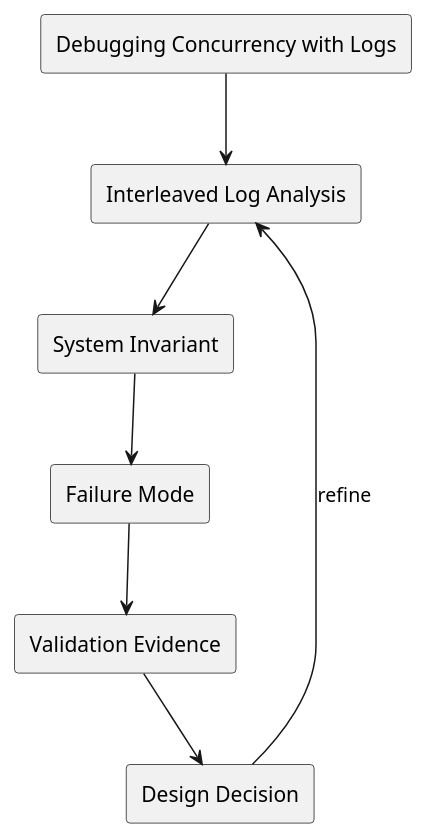
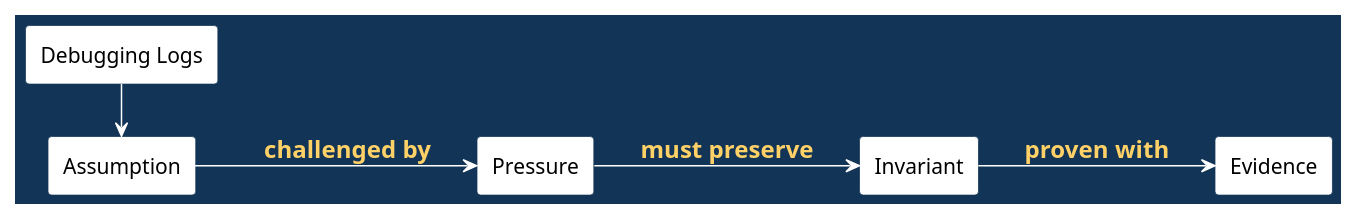
Before and after one commit to madajaju/CS5254: diagram 19 of 19 in doc/lectures/week3/debugging_logs/README.slides.adoc, drawn with PlantUML. The commit also changed other lines of this file and 21 other files, not shown here.

```diff
--- a/doc/lectures/week3/debugging_logs/README.slides.adoc
+++ b/doc/lectures/week3/debugging_logs/README.slides.adoc
@@ -55,21 +1298,62 @@
-[plantuml, target=architecture, format=svg, width=80%]
+[plantuml, target=debugging_logs_19_summary_visual, format=svg, width=100%]
 ----
 @startuml
-skinparam monochrome true
+skinparam BackgroundColor #123456
+skinparam DefaultFontColor white
+skinparam ArrowColor white
+skinparam ArrowFontColor #ffd166
+skinparam ArrowFontStyle bold
+skinparam ArrowFontSize 16
+skinparam ActorBorderColor #123456
+skinparam ActorFontColor white
+skinparam participant {
+  BackgroundColor white
+  BorderColor #123456
+  FontColor black
+}
+skinparam sequence {
+  LifeLineBorderColor white
+  LifeLineBackgroundColor white
+  ParticipantBorderColor #123456
+  ParticipantBackgroundColor white
+  ParticipantFontColor black
+}
+skinparam rectangle {
+  BackgroundColor white
+  BorderColor #123456
+  FontColor black
+}
+skinparam database {
+  BackgroundColor white
+  BorderColor #123456
+  FontColor black
+}
+skinparam state {
+  BackgroundColor white
+  BorderColor #123456
+  FontColor black
+}
+skinparam activity {
+  BackgroundColor white
+  BorderColor #123456
+  FontColor black
+}
+skinparam note {
+  BackgroundColor white
+  BorderColor #123456
+  FontColor black
+}
 skinparam shadowing false
+left to right direction
 
-rectangle "Debugging Concurrency with Logs" as Topic
-rectangle "Interleaved Log Analysis" as A
-rectangle "System Invariant" as B
-rectangle "Failure Mode" as C
-rectangle "Validation Evidence" as V
-rectangle "Design Decision" as D
-
-Topic --> A
-A --> B
-B --> C
-C --> V
-V --> D
-D --> A : refine
+rectangle "Debugging Logs" as Topic
+rectangle "Assumption" as A
+rectangle "Pressure" as P
+rectangle "Invariant" as I
+rectangle "Evidence" as E
+Topic -> A
+A --> P : challenged by
+P --> I : must preserve
+I --> E : proven with
 @enduml
 ----
```
